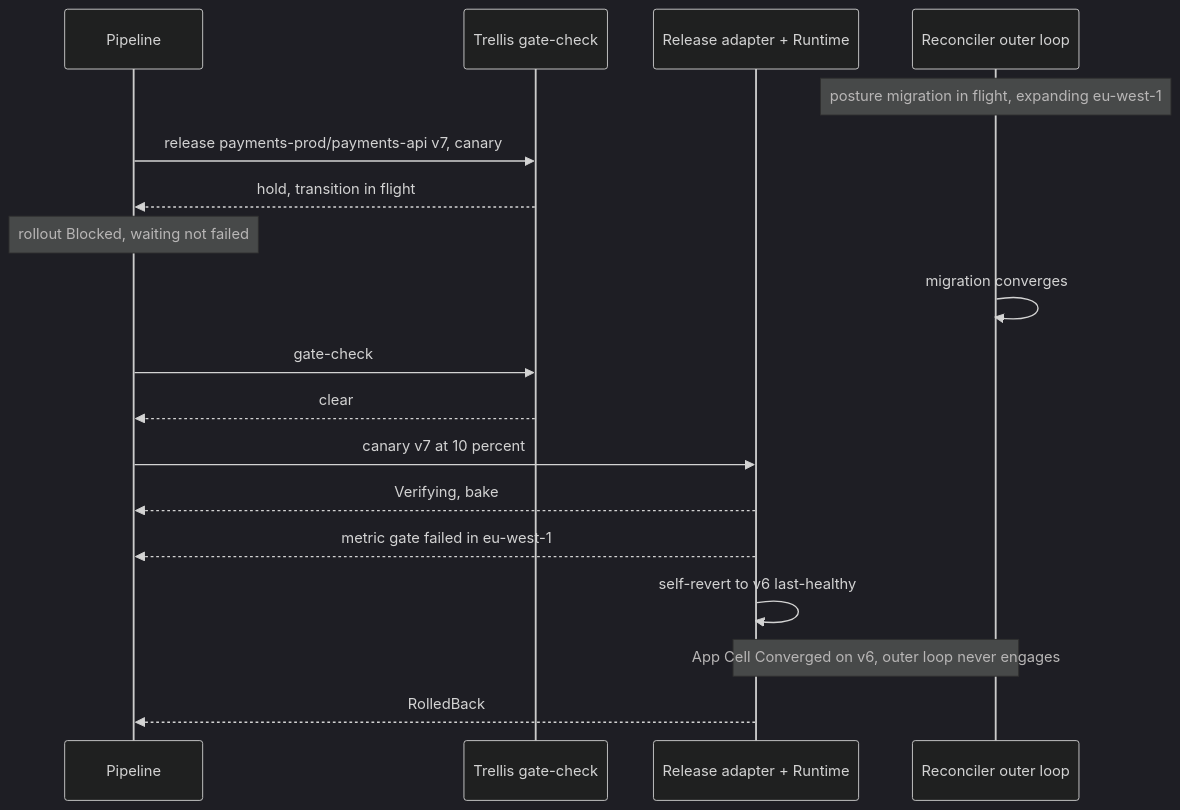
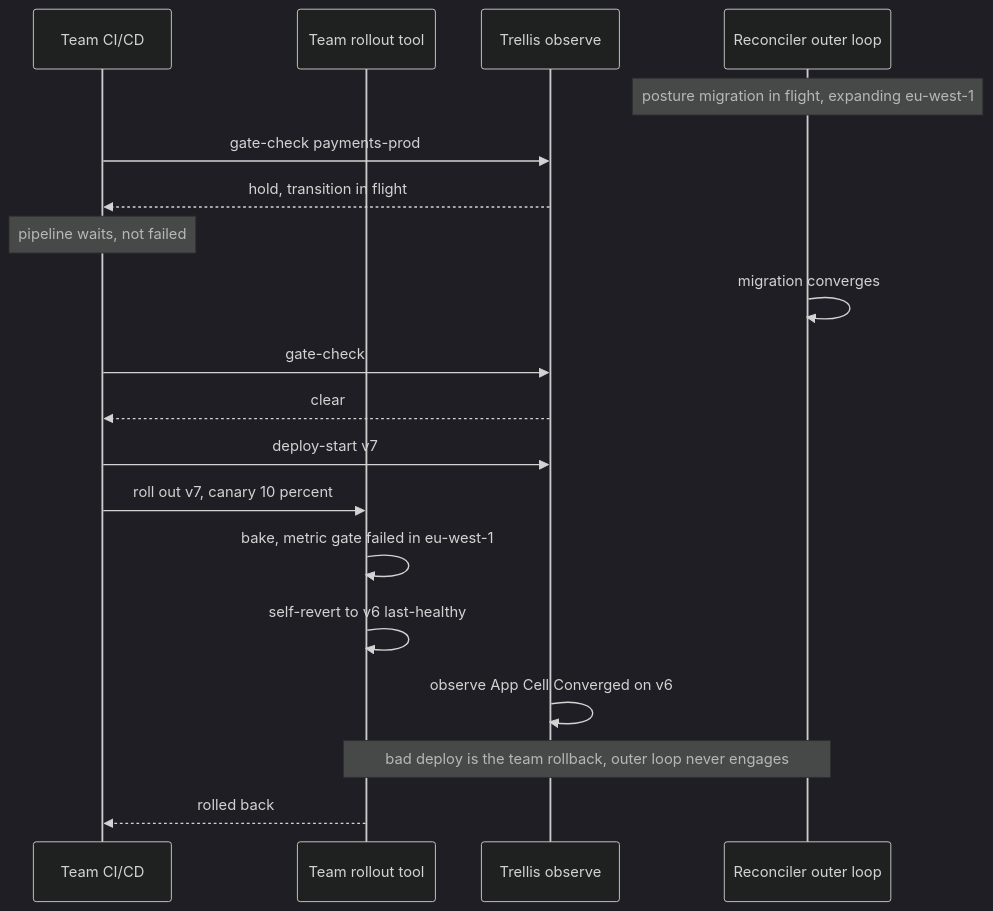
One commit to Hakkiki/trellis changed the tenth of 10 diagrams in app/src/content/docs/docs/spec.md. Above: the diagram before and after it, drawn with Mermaid (dark theme). The commit also changed other lines of this file and 2 other files, not shown here.

First line of the commit message:
Spec §11: the deploy bridge — observer model + OIDC trust handshake (#53)

````diff
--- a/app/src/content/docs/docs/spec.md
+++ b/app/src/content/docs/docs/spec.md
@@ -1617,20 +1717,21 @@
 ```mermaid
 sequenceDiagram
-    participant P as Pipeline
-    participant T as Trellis gate-check
-    participant R as Release adapter + Runtime
+    participant P as Team CI/CD
+    participant R as Team rollout tool
+    participant T as Trellis observe
     participant X as Reconciler outer loop
     Note over X: posture migration in flight, expanding eu-west-1
-    P->>T: release payments-prod/payments-api v7, canary
+    P->>T: gate-check payments-prod
     T-->>P: hold, transition in flight
-    Note over P: rollout Blocked, waiting not failed
+    Note over P: pipeline waits, not failed
     X->>X: migration converges
     P->>T: gate-check
     T-->>P: clear
-    P->>R: canary v7 at 10 percent
-    R-->>P: Verifying, bake
-    R-->>P: metric gate failed in eu-west-1
+    P->>T: deploy-start v7
+    P->>R: roll out v7, canary 10 percent
+    R->>R: bake, metric gate failed in eu-west-1
     R->>R: self-revert to v6 last-healthy
-    Note over R,X: App Cell Converged on v6, outer loop never engages
-    R-->>P: RolledBack
+    T->>T: observe App Cell Converged on v6
+    Note over R,X: bad deploy is the team rollback, outer loop never engages
+    R-->>P: rolled back
 ```
````
